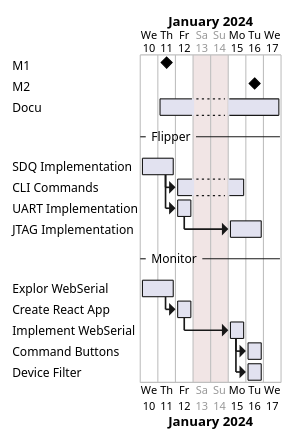
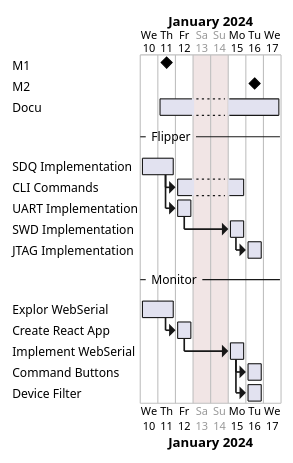
One commit to arag0re/fz-yuricable-pro-max changed the second of 2 diagrams in README.md. Above: the diagram before and after it, drawn with PlantUML. The commit also changed other lines of this file and 11 other files, not shown here.

````diff
--- a/README.md
+++ b/README.md
@@ -225,22 +254,23 @@
 ```plantuml
 @startgantt
 Labels on first column
 saturday are closed
 sunday are closed
 project starts 2024-01-10 
 [M1] happens D+1
 [M2] happens D+6
 [Docu] requires 5 day and starts D+1
 -- Flipper --
 [SDQ Implementation] requires 2 day
 [CLI Commands] requires 2 day and starts at [SDQ Implementation]s end
 [UART Implementation] requires 1 day and starts at [SDQ Implementation]s end
-[JTAG Implementation] requires 2 day and starts at [UART Implementation]s end
+[SWD Implementation] requires 1 day and starts at [UART Implementation]s end
+[JTAG Implementation] requires 1 day and starts at [SWD Implementation]s end
 -- Monitor --
 [Explor WebSerial] requires 2 day
 [Create React App] requires 1 day and starts at [Explor WebSerial]s end
 [Implement WebSerial] requires 1 day and starts at [Create React App]s end
 [Command Buttons] requires 1 day and starts at [Implement WebSerial]s end
 [Device Filter] requires 1 day and starts at [Implement WebSerial]s end
 @endgantt
 ```
````
